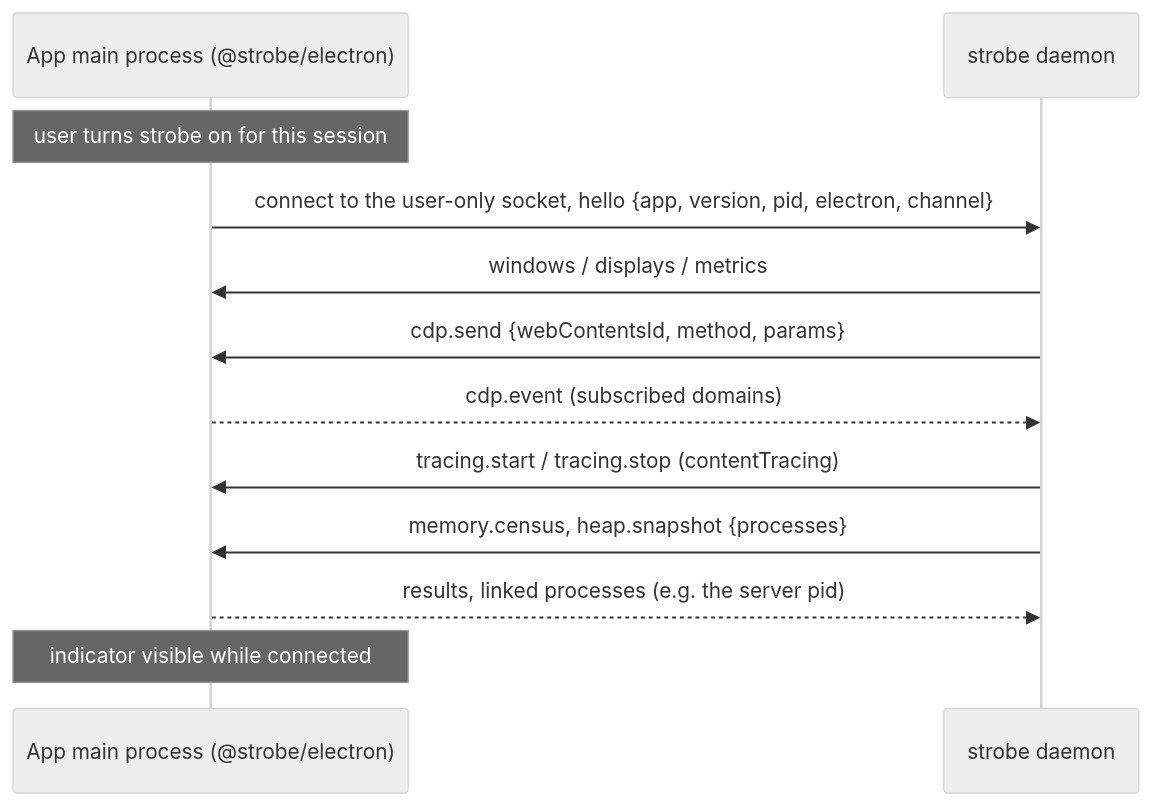
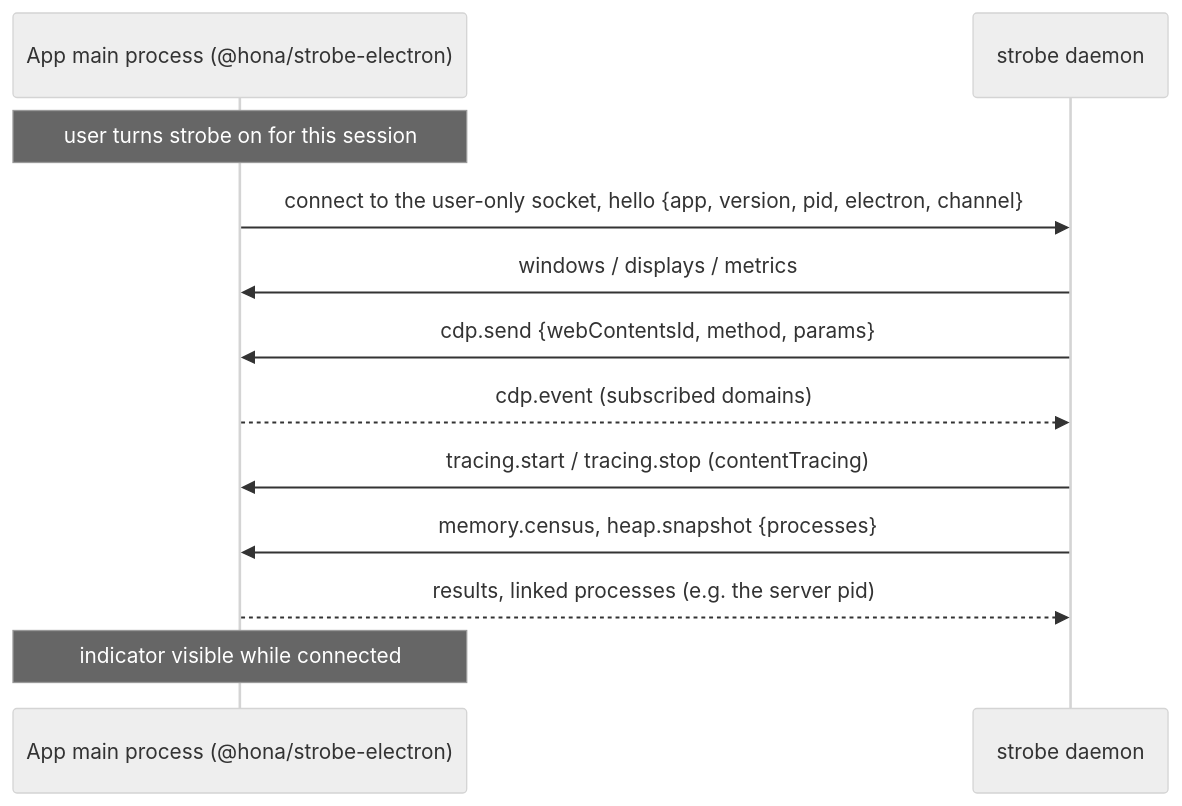
Before and after one commit to Hona/strobe: the third of 3 diagrams in SPEC.md, drawn with Mermaid (neutral theme). The commit also changed other lines of this file and 13 other files, not shown here.

Commit message:
feat: runner and script host speak over a loopback socket, so a bench file or harness that spawns processes (Bun's \$ passes stdin on) never stalls the protocol; SDK published as @hona/strobe-bench (the @strobe npm scope belongs to another org); 0.1.1

````diff
--- a/SPEC.md
+++ b/SPEC.md
@@ -1257,14 +1260,14 @@
 ```mermaid
 sequenceDiagram
-  participant App as App main process (@strobe/electron)
+  participant App as App main process (@hona/strobe-electron)
   participant D as strobe daemon
   Note over App: user turns strobe on for this session
   App->>D: connect to the user-only socket, hello {app, version, pid, electron, channel}
   D->>App: windows / displays / metrics
   D->>App: cdp.send {webContentsId, method, params}
   App-->>D: cdp.event (subscribed domains)
   D->>App: tracing.start / tracing.stop (contentTracing)
   D->>App: memory.census, heap.snapshot {processes}
   App-->>D: results, linked processes (e.g. the server pid)
   Note over App: indicator visible while connected
 ```
````
